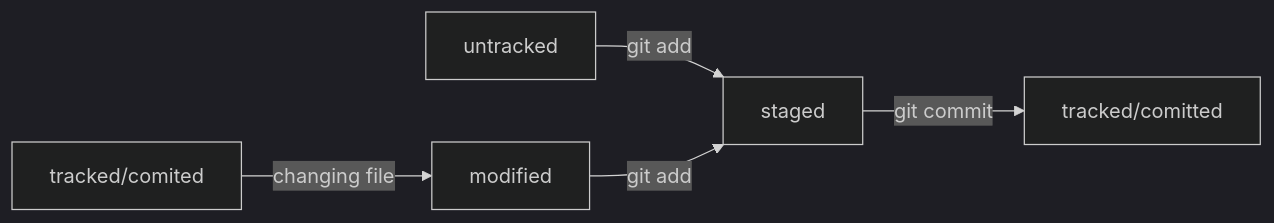
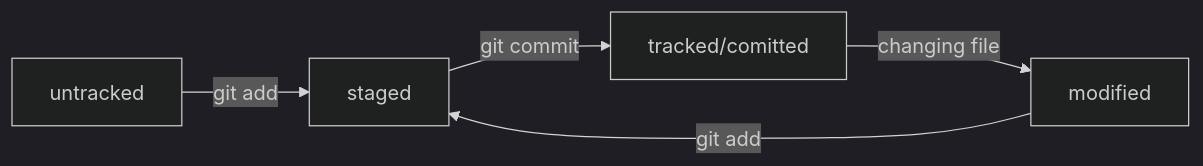
One commit to GVarya/aboutGit changed the diagram in README.md. Above: the diagram before and after it, drawn with Mermaid (dark theme).

Commit message:
fixed orfography

````diff
--- a/README.md
+++ b/README.md
@@ -98,7 +98,7 @@
 ```mermaid
 graph LR;
   untracked -- "git add" --> staged;
   staged    -- "git commit"     --> tracked/comitted;
-  tracked/comited -- "changing file" --> modified
+  tracked/comitted -- "changing file" --> modified
   modified -- "git add" --> staged;
 ```
````
